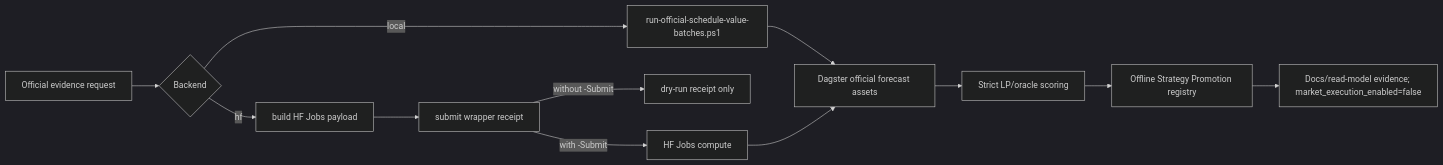
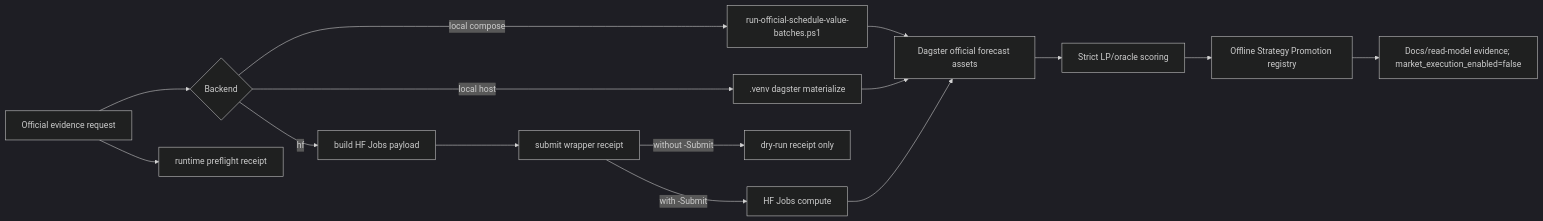
Before and after one commit to ilyafefelov/Diploma: the diagram in docs/technical/ARCHITECTURE_AND_DATA_FLOW.md, drawn with Mermaid (dark theme). The commit also changed other lines of this file and 10 other files, not shown here.

Commit message:
forecasting: add host cuda official evidence mode

````diff
--- a/docs/technical/ARCHITECTURE_AND_DATA_FLOW.md
+++ b/docs/technical/ARCHITECTURE_AND_DATA_FLOW.md
@@ -52,14 +53,17 @@
 ```mermaid
 flowchart LR
   A["Official evidence request"] --> B{"Backend"}
-  B -->|"local"| C["run-official-schedule-value-batches.ps1"]
+  B -->|"local compose"| C["run-official-schedule-value-batches.ps1"]
+  B -->|"local host"| L[".venv dagster materialize"]
   B -->|"hf"| D["build HF Jobs payload"]
+  A --> P["runtime preflight receipt"]
   D --> E["submit wrapper receipt"]
   E -->|"without -Submit"| F["dry-run receipt only"]
   E -->|"with -Submit"| G["HF Jobs compute"]
   C --> H["Dagster official forecast assets"]
+  L --> H
   G --> H
   H --> I["Strict LP/oracle scoring"]
   I --> J["Offline Strategy Promotion registry"]
   J --> K["Docs/read-model evidence; market_execution_enabled=false"]
 ```
````
